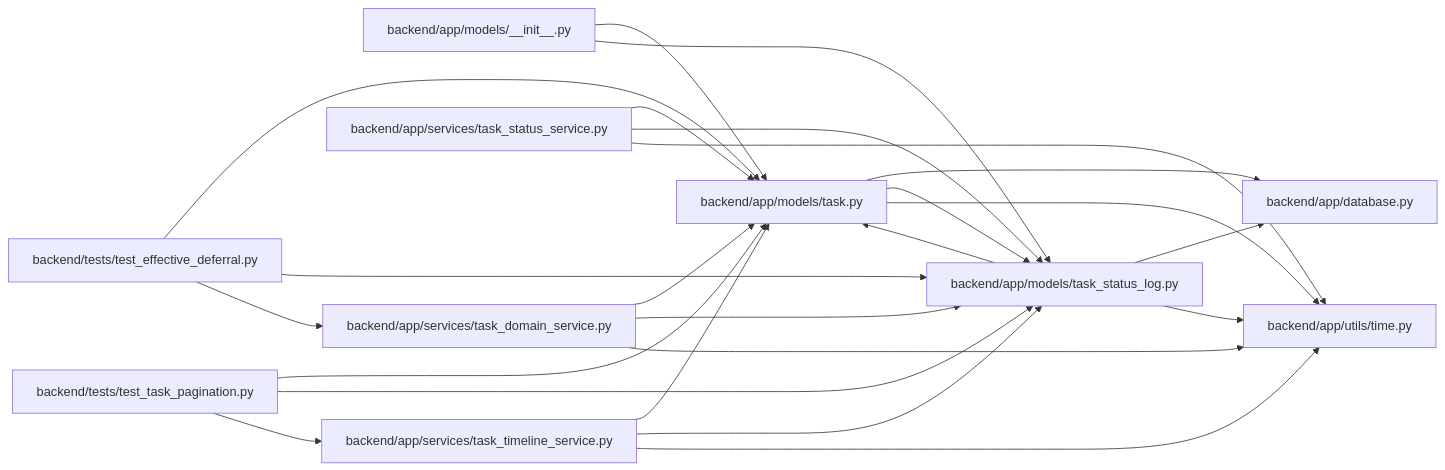
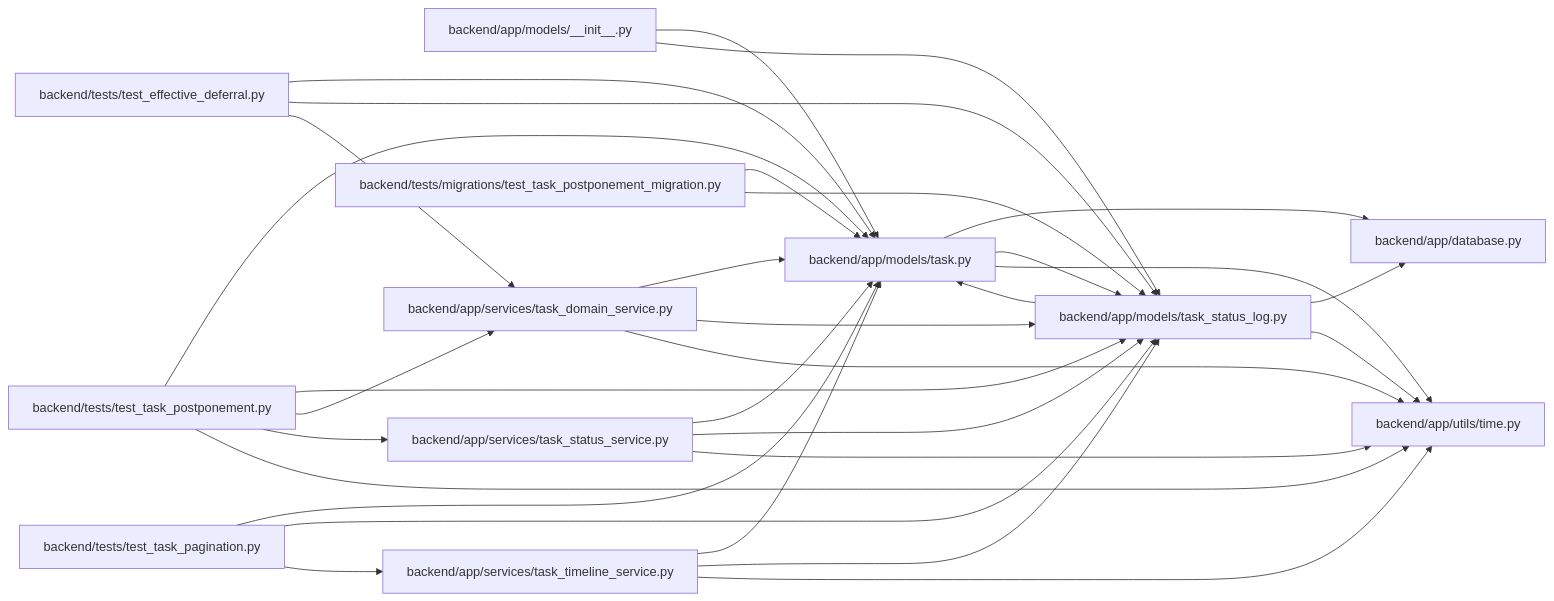
One commit to Denissvgn/WorkChord changed the diagram in docs/llm_wiki/modules/task_status_log.md. Above: the diagram before and after it, drawn with Mermaid. The commit also changed other lines of this file and 732 other files, not shown here.

Commit message:
Sync the architectural wiki for the postponed task status

````diff
--- a/docs/llm_wiki/modules/task_status_log.md
+++ b/docs/llm_wiki/modules/task_status_log.md
@@ -24,46 +24,57 @@
 ```mermaid
 flowchart LR
     n0["backend/app/database.py"]
     n1["backend/app/models/__init__.py"]
     n2["backend/app/models/task.py"]
     n3["backend/app/models/task_status_log.py"]
     n4["backend/app/services/task_domain_service.py"]
     n5["backend/app/services/task_status_service.py"]
     n6["backend/app/services/task_timeline_service.py"]
     n7["backend/app/utils/time.py"]
-    n8["backend/tests/test_effective_deferral.py"]
-    n9["backend/tests/test_task_pagination.py"]
+    n8["backend/tests/migrations/test_task_postponement_migration.py"]
+    n9["backend/tests/test_effective_deferral.py"]
+    n10["backend/tests/test_task_pagination.py"]
+    n11["backend/tests/test_task_postponement.py"]
     n1 --> n2
     n1 --> n3
     n2 --> n0
     n2 --> n3
     n2 --> n7
     n3 --> n0
     n3 --> n2
     n3 --> n7
     n4 --> n2
     n4 --> n3
     n4 --> n7
     n5 --> n2
     n5 --> n3
     n5 --> n7
     n6 --> n2
     n6 --> n3
     n6 --> n7
     n8 --> n2
     n8 --> n3
-    n8 --> n4
     n9 --> n2
     n9 --> n3
-    n9 --> n6
+    n9 --> n4
+    n10 --> n2
+    n10 --> n3
+    n10 --> n6
+    n11 --> n2
+    n11 --> n3
+    n11 --> n4
+    n11 --> n5
+    n11 --> n7
     click n0 "../modules/app_database.md"
     click n1 "../modules/models___init__.md"
     click n2 "../modules/models_task.md"
     click n3 "../modules/task_status_log.md"
     click n4 "../modules/task_domain_service.md"
     click n5 "../modules/task_status_service.md"
     click n6 "../modules/task_timeline_service.md"
     click n7 "../modules/time.md"
-    click n8 "../modules/test_effective_deferral.md"
-    click n9 "../modules/test_task_pagination.md"
+    click n8 "../modules/test_task_postponement_migration.md"
+    click n9 "../modules/test_effective_deferral.md"
+    click n10 "../modules/test_task_pagination.md"
+    click n11 "../modules/test_task_postponement.md"
 ```
````
